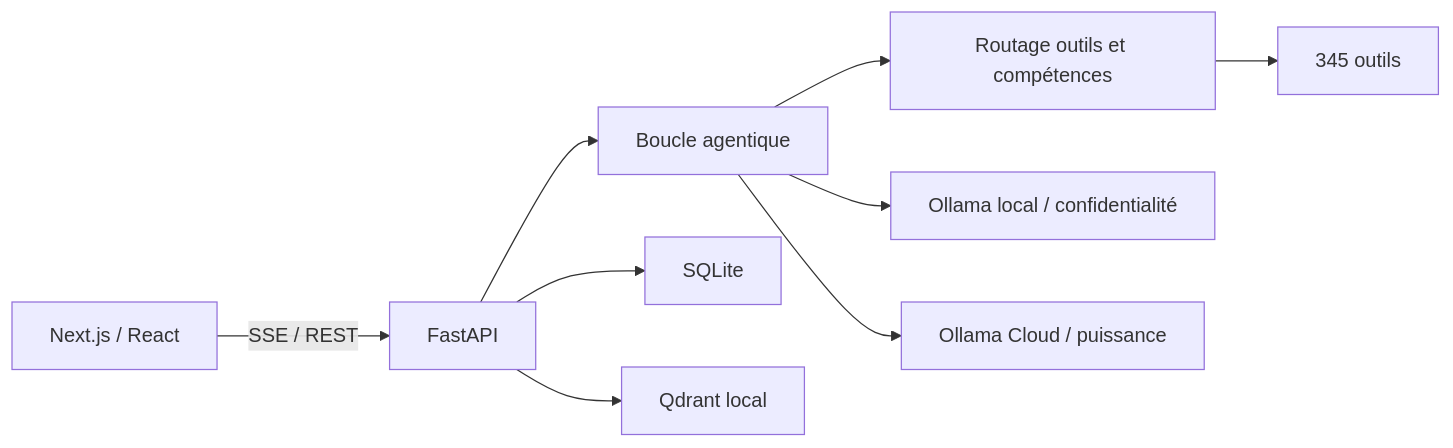
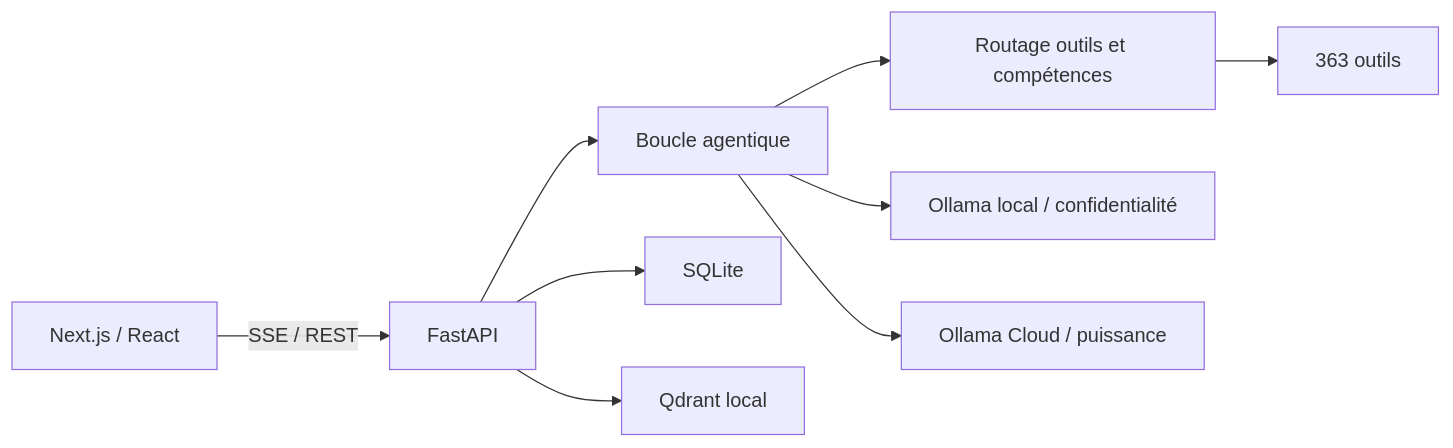
The diagram in ARCHITECTURE.md (chawky13090/marvin), drawn with Mermaid before and after one commit. The commit also changed other lines of this file and 11 other files, not shown here.

Commit message:
docs(architecture): etablir une baseline canonique

````diff
--- a/ARCHITECTURE.md
+++ b/ARCHITECTURE.md
@@ -8,11 +8,11 @@
 ```mermaid
 flowchart LR
     UI["Next.js / React"] -->|"SSE / REST"| API["FastAPI"]
     API --> AGENT["Boucle agentique"]
     AGENT --> ROUTER["Routage outils et compétences"]
-    ROUTER --> TOOLS["345 outils"]
+    ROUTER --> TOOLS["363 outils"]
     AGENT --> OLLAMA["Ollama local / confidentialité"]
     AGENT --> CLOUD["Ollama Cloud / puissance"]
     API --> SQLITE["SQLite"]
     API --> QDRANT["Qdrant local"]
 ```
````
